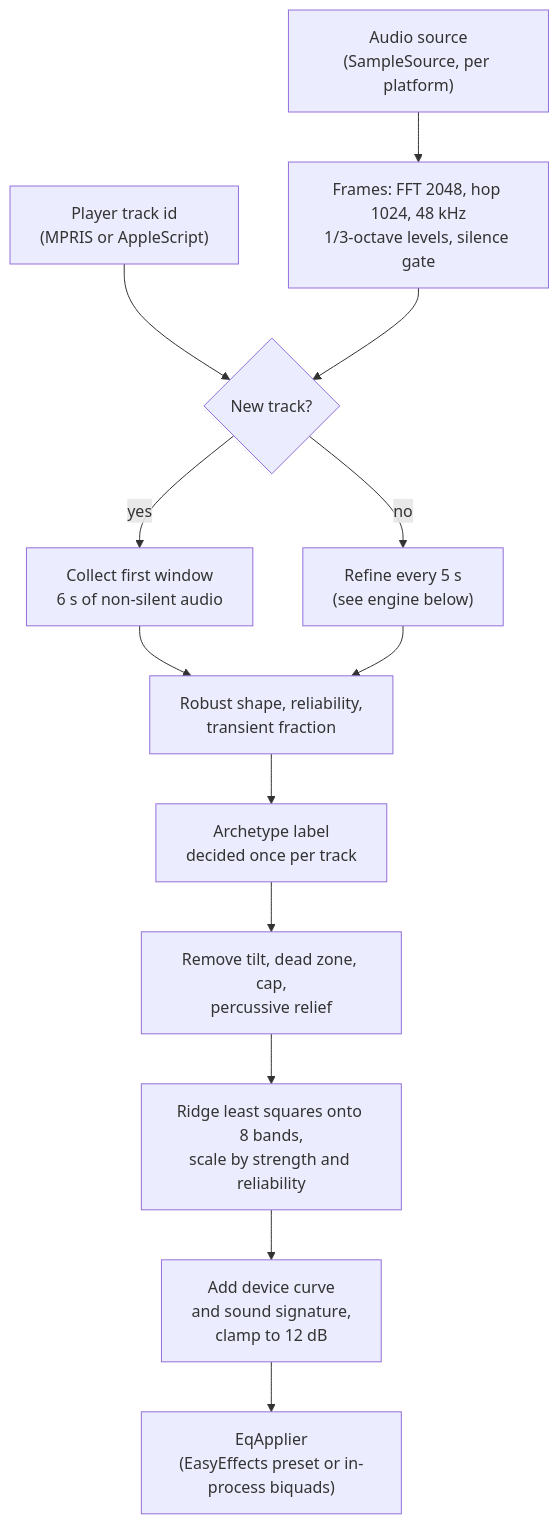
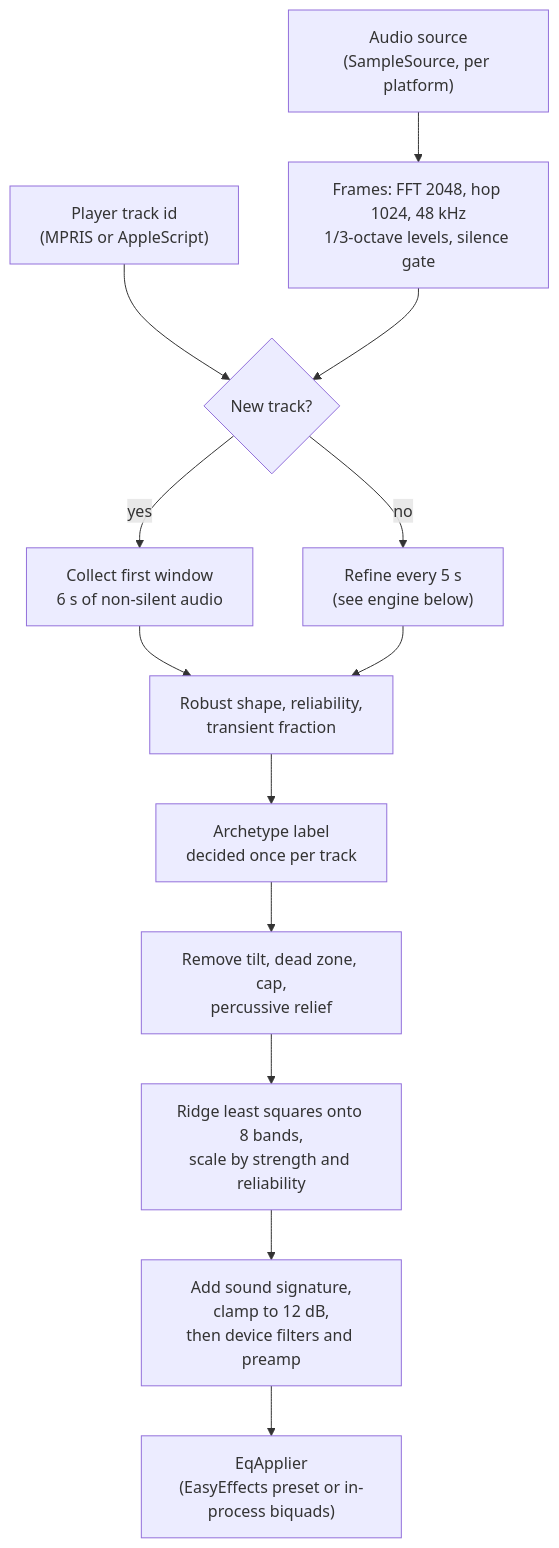
One commit to rizqyep/leungo changed the first of 5 diagrams in TECHNICAL.md. Above: the diagram before and after it, drawn with Mermaid. The commit also changed other lines of this file and 26 other files, not shown here.

````diff
--- a/TECHNICAL.md
+++ b/TECHNICAL.md
@@ -29,15 +29,15 @@
 ```mermaid
 flowchart TD
     SRC["Audio source<br/>(SampleSource, per platform)"] --> FR["Frames: FFT 2048, hop 1024, 48 kHz<br/>1/3-octave levels, silence gate"]
     PL["Player track id<br/>(MPRIS or AppleScript)"] --> TB{"New track?"}
     FR --> TB
     TB -->|yes| WIN["Collect first window<br/>6 s of non-silent audio"]
     TB -->|no| REF["Refine every 5 s<br/>(see engine below)"]
     WIN --> MEAS["Robust shape, reliability,<br/>transient fraction"]
     REF --> MEAS
     MEAS --> CLS["Archetype label<br/>decided once per track"]
     CLS --> SHP["Remove tilt, dead zone, cap,<br/>percussive relief"]
     SHP --> FIT["Ridge least squares onto 8 bands,<br/>scale by strength and reliability"]
-    FIT --> ADD["Add device curve<br/>and sound signature,<br/>clamp to 12 dB"]
+    FIT --> ADD["Add sound signature,<br/>clamp to 12 dB,<br/>then device filters and preamp"]
     ADD --> APP["EqApplier<br/>(EasyEffects preset or in-process biquads)"]
 ```
````
